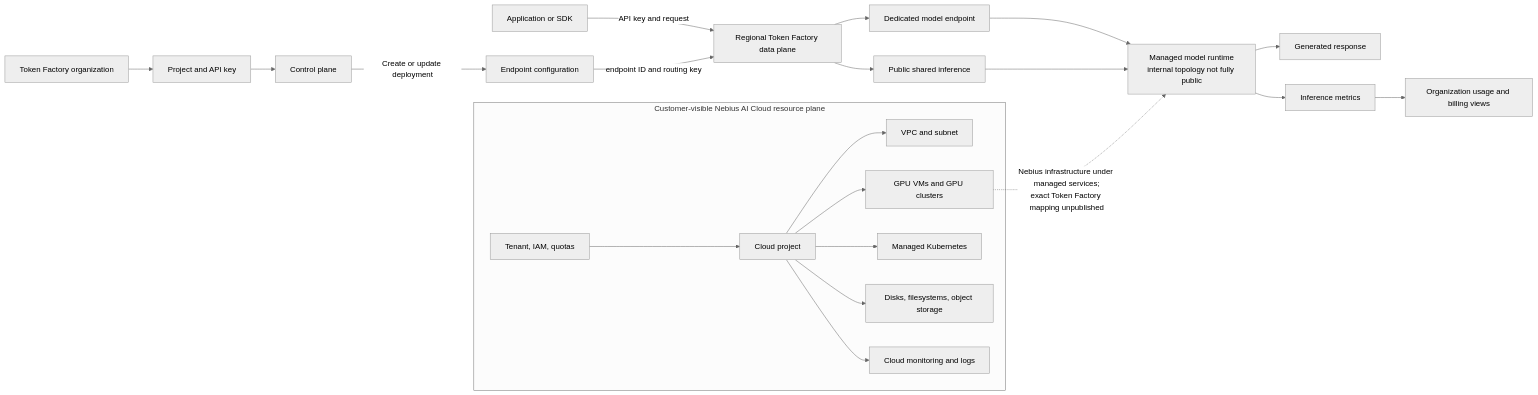
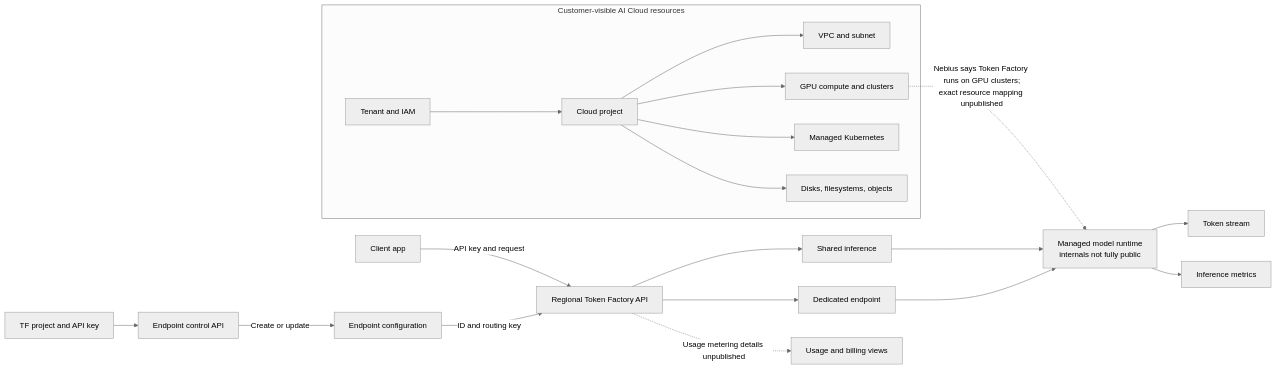
One commit to jithinpnjm/ai-infra-handbook changed the diagram in docs/part-20-nebius-sre-interview/30-nebius-ai-factory-to-token-factory-architecture.md. Above: the diagram before and after it, drawn with Mermaid (neutral theme). The commit also changed other lines of this file and 129 other files, not shown here.

Commit message:
Volume 20: chapters 20.1, 20.2, 20.7-20.11, 20.29, and architecture series 20.30-20.33 (634 tests, site build passes)

````diff
--- a/docs/part-20-nebius-sre-interview/30-nebius-ai-factory-to-token-factory-architecture.md
+++ b/docs/part-20-nebius-sre-interview/30-nebius-ai-factory-to-token-factory-architecture.md
@@ -44,25 +43,23 @@
 ```mermaid
 flowchart LR
-  Client[Application or SDK] -->|API key and request| Data[Regional Token Factory data plane]
-  Org[Token Factory organization] --> Project[Project and API key]
-  Project --> Control[Control plane]
-  Control -->|Create or update deployment| Endpoint[Endpoint configuration]
-  Endpoint -->|endpoint ID and routing key| Data
-  Data --> Shared[Public shared inference]
-  Data --> Dedicated[Dedicated model endpoint]
-  Dedicated --> Runtime[Managed model runtime<br/>internal topology not fully public]
-  Shared --> Runtime
-  Runtime --> Response[Generated response]
+  Client[Client app] -->|API key and request| RegionalAPI[Regional Token Factory API]
+  Project[TF project and API key] --> Control[Endpoint control API]
+  Control -->|Create or update| Endpoint[Endpoint configuration]
+  Endpoint -->|ID and routing key| RegionalAPI
+  RegionalAPI --> Shared[Shared inference]
+  RegionalAPI --> Dedicated[Dedicated endpoint]
+  Shared --> Runtime[Managed model runtime<br/>internals not fully public]
+  Dedicated --> Runtime
+  Runtime --> Reply[Token stream]
   Runtime --> Metrics[Inference metrics]
-  Metrics --> Usage[Organization usage and billing views]
+  RegionalAPI -. "Usage metering details unpublished" .-> Billing[Usage and billing views]
 
-  subgraph Cloud[Customer-visible Nebius AI Cloud resource plane]
-    Tenant[Tenant, IAM, quotas] --> CloudProject[Cloud project]
+  subgraph Cloud[Customer-visible AI Cloud resources]
+    Tenant[Tenant and IAM] --> CloudProject[Cloud project]
     CloudProject --> Network[VPC and subnet]
-    CloudProject --> Compute[GPU VMs and GPU clusters]
-    CloudProject --> Platform[Managed Kubernetes]
-    CloudProject --> Storage[Disks, filesystems, object storage]
-    CloudProject --> CloudObs[Cloud monitoring and logs]
+    CloudProject --> GPU[GPU compute and clusters]
+    CloudProject --> K8s[Managed Kubernetes]
+    CloudProject --> Storage[Disks, filesystems, objects]
   end
-  Compute -. "Nebius infrastructure under managed services;<br/>exact Token Factory mapping unpublished" .-> Runtime
+  GPU -. "Nebius says Token Factory runs on GPU clusters;<br/>exact resource mapping unpublished" .-> Runtime
 ```
````
